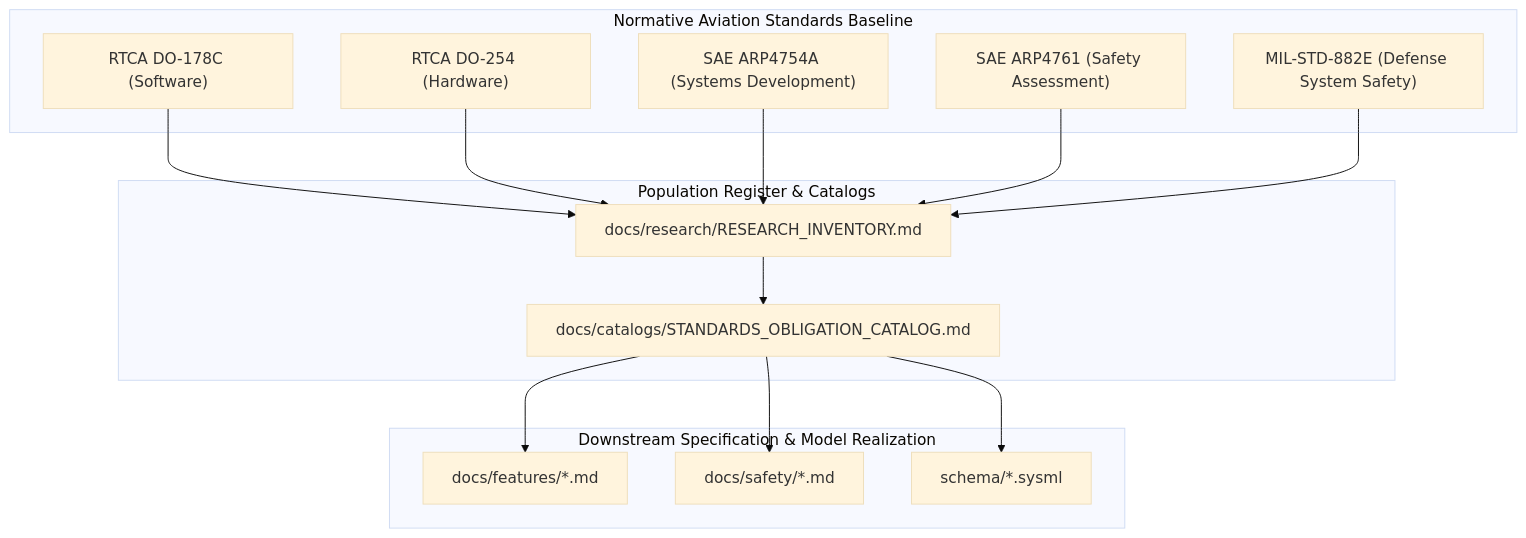
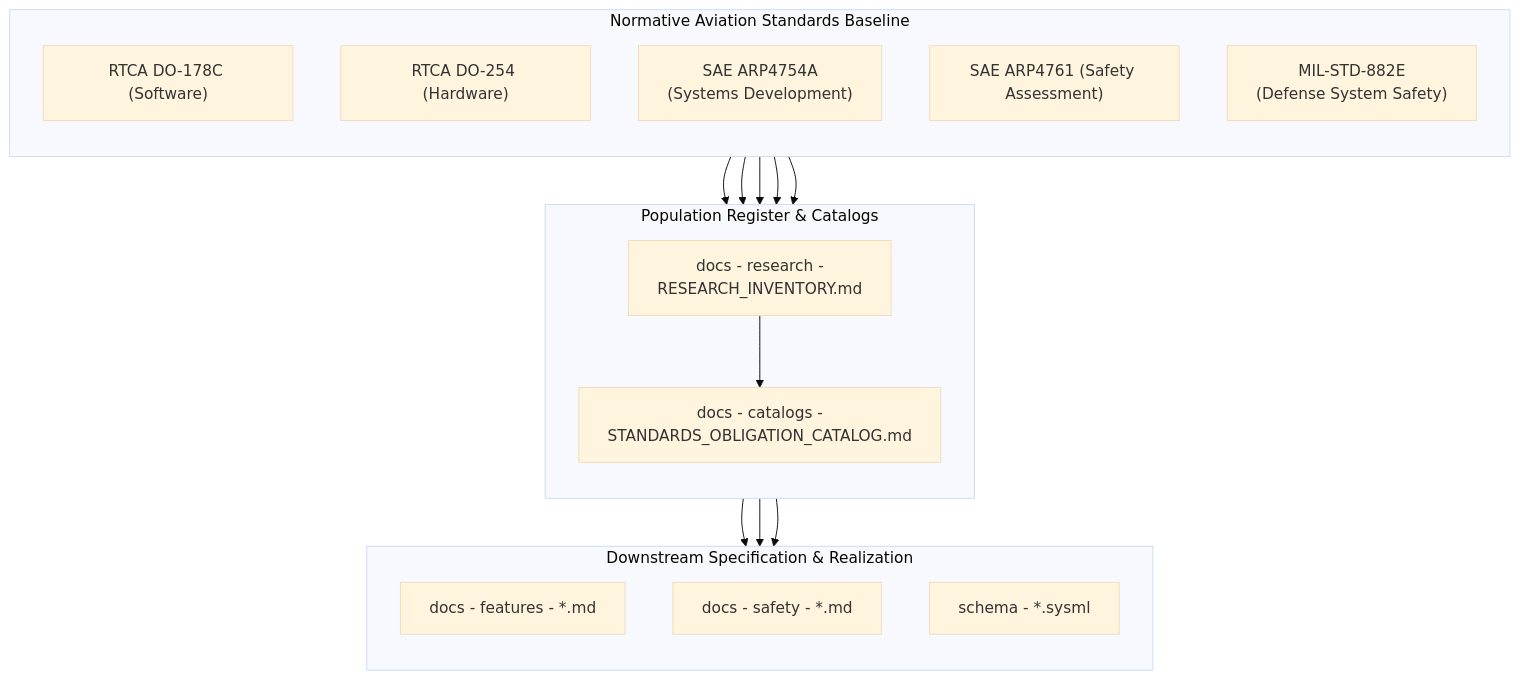
The diagram in docs/catalogs/STANDARDS_OBLIGATION_CATALOG.md (gintatkinson/DEAP-avionic-flight-safety), drawn with Mermaid (base theme) before and after one commit. The commit also changed 594 other files, not shown here.

Commit message:
chore(pipeline): propagate verified Section 5.5 initialization sequence and Antigravity governance (refs #387, refs #386, refs #385, refs #384, refs #383, refs #382, refs #381, refs #380, refs #379, refs #378, refs #372)

````diff
--- a/docs/catalogs/STANDARDS_OBLIGATION_CATALOG.md
+++ b/docs/catalogs/STANDARDS_OBLIGATION_CATALOG.md
@@ -14,32 +14,35 @@
 ```mermaid
 flowchart TD
-    subgraph Governance["Normative Aviation Standards Baseline"]
+    subgraph Governance ["Normative Aviation Standards Baseline"]
+        direction TB
         DO178C["RTCA DO-178C (Software)"]
         DO254["RTCA DO-254 (Hardware)"]
-        ARP4754A["SAE ARP4754A (Systems Development)"]
+        ARP4754A["SAE ARP4754A<br/>(Systems Development)"]
         ARP4761["SAE ARP4761 (Safety Assessment)"]
-        MIL882E["MIL-STD-882E (Defense System Safety)"]
+        MIL882E["MIL-STD-882E<br/>(Defense System Safety)"]
     end
 
-    subgraph Inventory["Population Register & Catalogs"]
-        RI["docs/research/RESEARCH_INVENTORY.md"]
-        SOC["docs/catalogs/STANDARDS_OBLIGATION_CATALOG.md"]
+    subgraph Inventory ["Population Register & Catalogs"]
+        direction TB
+        RI["docs - research -<br/>RESEARCH_INVENTORY.md"]
+        SOC["docs - catalogs -<br/>STANDARDS_OBLIGATION_CATALOG.md"]
     end
 
-    subgraph Downstream["Downstream Specification & Model Realization"]
-        Feat["docs/features/*.md"]
-        Safety["docs/safety/*.md"]
-        SysML["schema/*.sysml"]
+    subgraph Downstream ["Downstream Specification & Realization"]
+        direction TB
+        Feat["docs - features - *.md"]
+        Safety["docs - safety - *.md"]
+        SysML["schema - *.sysml"]
     end
 
     DO178C --> RI
     DO254 --> RI
     ARP4754A --> RI
     ARP4761 --> RI
     MIL882E --> RI
 
     RI --> SOC
     SOC --> Feat
     SOC --> Safety
     SOC --> SysML
 ```
````
